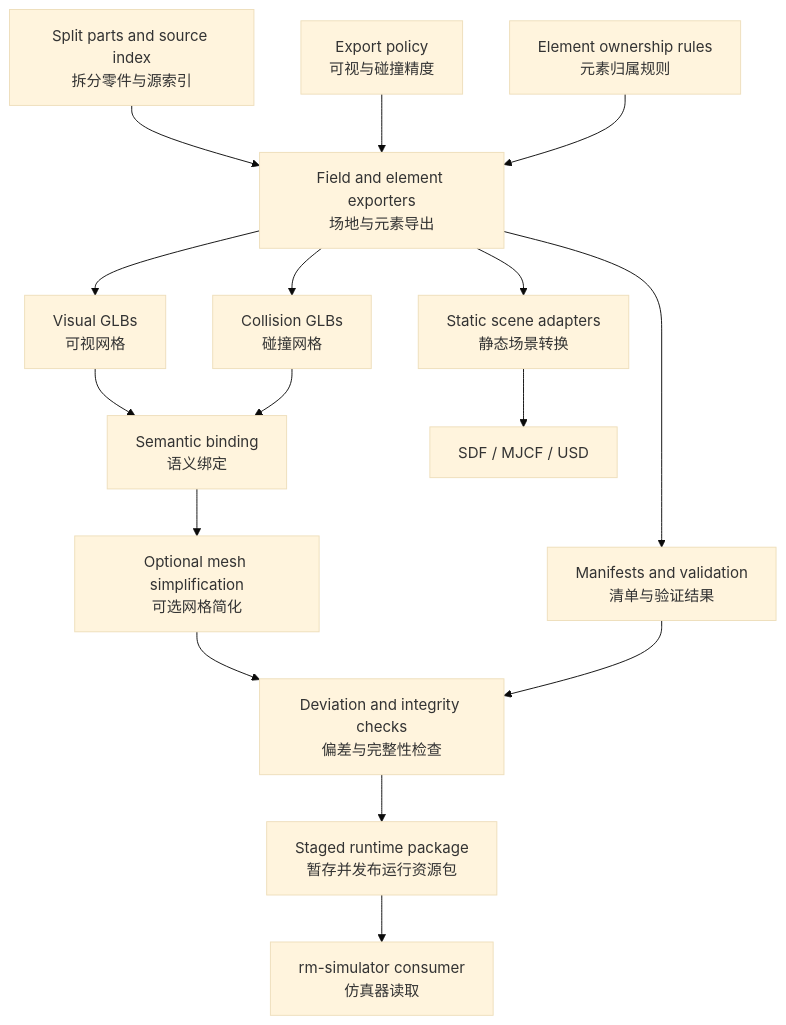
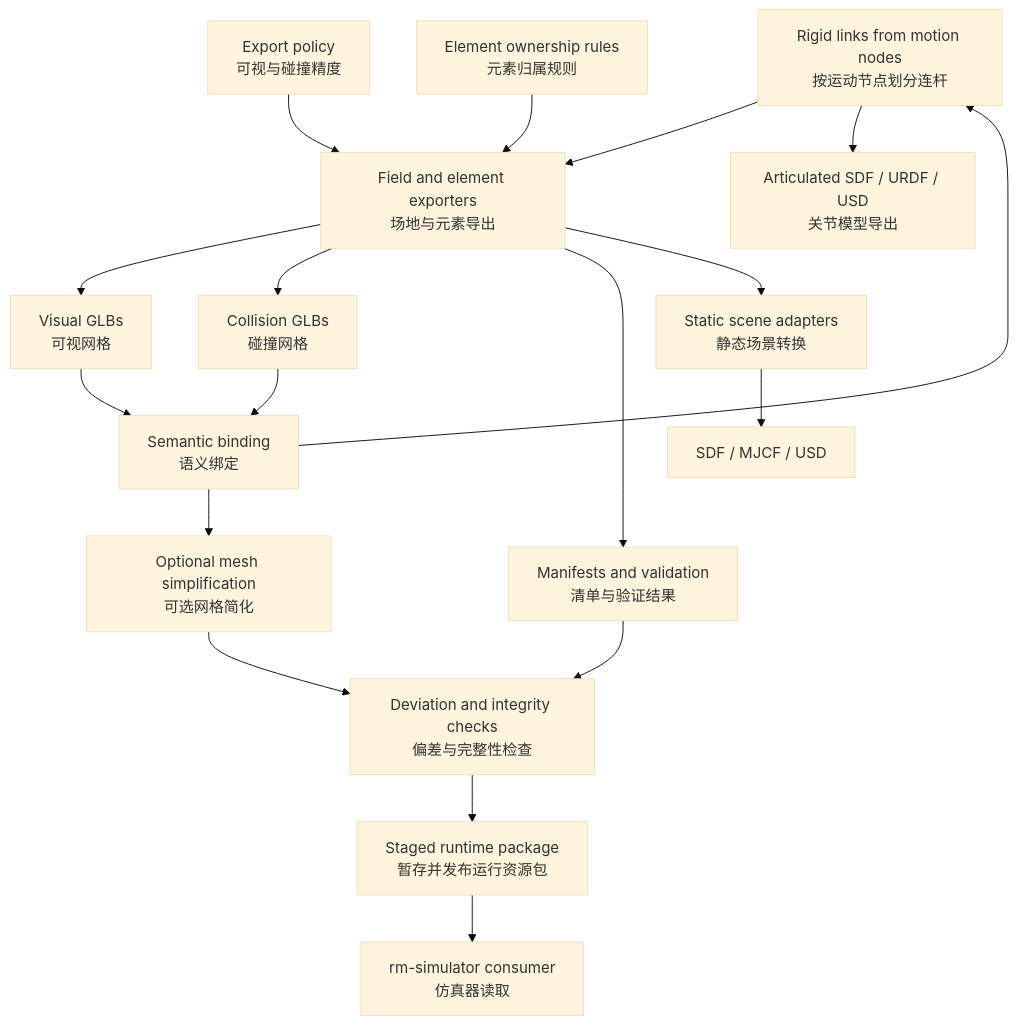
Before and after one commit to hxyulin/rm-map-tools: the second of 3 diagrams in docs/architecture-overview.md, drawn with Mermaid (base theme). The commit also changed other lines of this file and 5 other files, not shown here.

````diff
--- a/docs/architecture-overview.md
+++ b/docs/architecture-overview.md
@@ -30,18 +30,20 @@
 ```mermaid
 flowchart TB
     A["Split parts and source index<br/>拆分零件与源索引"] --> B["Field and element exporters<br/>场地与元素导出"]
     P["Export policy<br/>可视与碰撞精度"] --> B
     R["Element ownership rules<br/>元素归属规则"] --> B
     B --> V["Visual GLBs<br/>可视网格"]
     B --> C["Collision GLBs<br/>碰撞网格"]
     B --> M["Manifests and validation<br/>清单与验证结果"]
     V --> S["Semantic binding<br/>语义绑定"]
     C --> S
     S --> Q["Optional mesh simplification<br/>可选网格简化"]
     Q --> D["Deviation and integrity checks<br/>偏差与完整性检查"]
     M --> D
     D --> K["Staged runtime package<br/>暂存并发布运行资源包"]
     K --> SIM["rm-simulator consumer<br/>仿真器读取"]
     B --> X["Static scene adapters<br/>静态场景转换"]
     X --> F["SDF / MJCF / USD"]
+    S --> A["Rigid links from motion nodes<br/>按运动节点划分连杆"]
+    A --> J["Articulated SDF / URDF / USD<br/>关节模型导出"]
 ```
````
